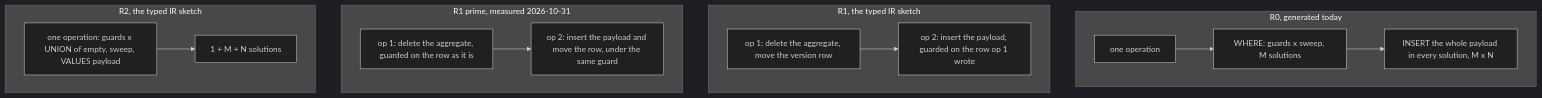
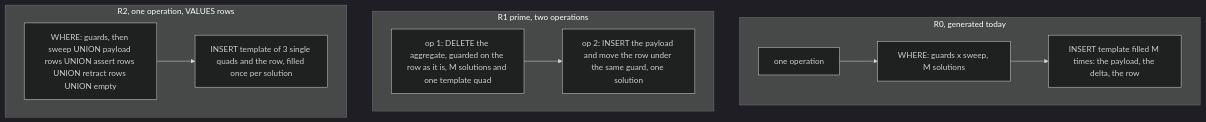
The second of 2 diagrams in docs/developer/sketches/persistence-linear-named-graph-replace.md (nebularis/lattice), drawn with Mermaid (dark theme) before and after one commit. The commit also changed other lines of this file and 9 other files, not shown here.

````diff
--- a/docs/developer/sketches/persistence-linear-named-graph-replace.md
+++ b/docs/developer/sketches/persistence-linear-named-graph-replace.md
@@ -65,16 +80,13 @@
 ```mermaid
 flowchart TB
   subgraph R0[R0, generated today]
     A0[one operation] --> B0["WHERE: guards x sweep, M solutions"]
-    B0 --> C0["INSERT the whole payload in every solution, M x N"]
+    B0 --> C0["INSERT template filled M times: the payload, the delta, the row"]
   end
-  subgraph R1[R1, the typed IR sketch]
-    A1["op 1: delete the aggregate, move the version row"] --> B1["op 2: insert the payload, guarded on the row op 1 wrote"]
+  subgraph R1p[R1 prime, two operations]
+    A1["op 1: DELETE the aggregate, guarded on the row as it is, M solutions and one template quad"] --> B1["op 2: INSERT the payload and move the row under the same guard, one solution"]
   end
-  subgraph R1p[R1 prime, measured 2026-10-31]
-    A2["op 1: delete the aggregate, guarded on the row as it is"] --> B2["op 2: insert the payload and move the row, under the same guard"]
-  end
-  subgraph R2[R2, the typed IR sketch]
-    A3["one operation: guards x UNION of empty, sweep, VALUES payload"] --> B3["1 + M + N solutions"]
+  subgraph R2v[R2, one operation, VALUES rows]
+    A3["WHERE: guards, then sweep UNION payload rows UNION assert rows UNION retract rows UNION empty"] --> B3["INSERT template of 3 single quads and the row, filled once per solution"]
   end
 ```
````
